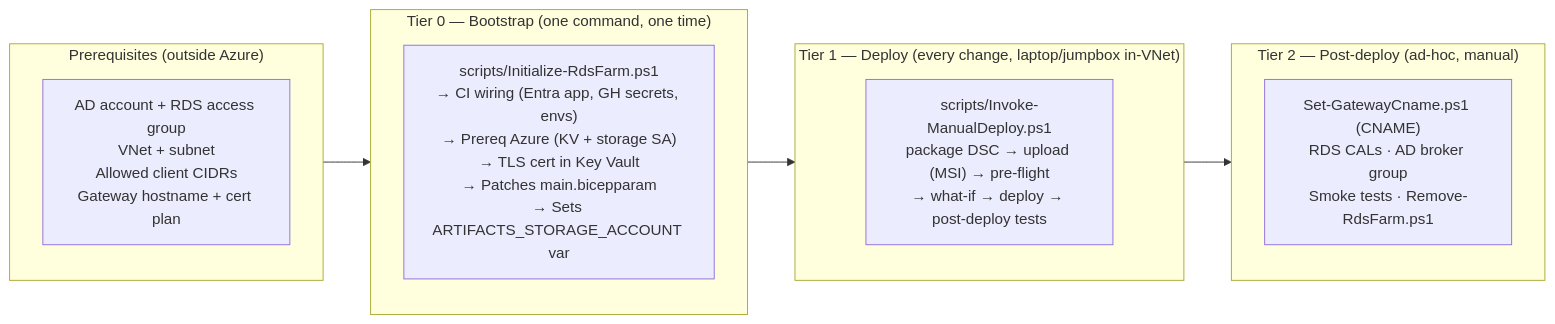
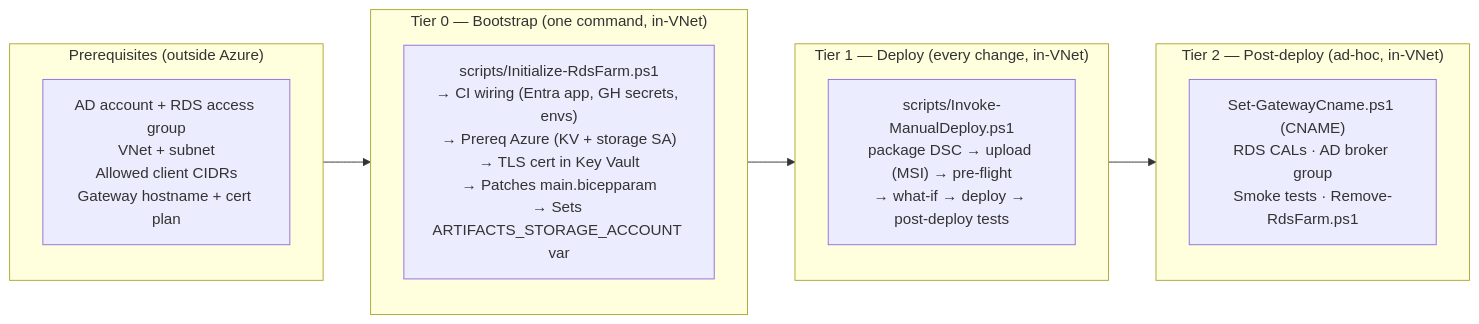
One commit to JozoSlejko/rds-farm changed the third of 3 diagrams in README.md. Above: the diagram before and after it, drawn with Mermaid. The commit also changed other lines of this file and 4 other files, not shown here.

````diff
--- a/README.md
+++ b/README.md
@@ -75,21 +75,21 @@
 ```mermaid
 flowchart LR
     subgraph PR["Prerequisites (outside Azure)"]
         direction TB
         AD["AD account + RDS access group<br/>VNet + subnet<br/>Allowed client CIDRs<br/>Gateway hostname + cert plan"]
     end
-    subgraph T0["Tier 0 — Bootstrap (one command, one time)"]
+    subgraph T0["Tier 0 — Bootstrap (one command, in-VNet)"]
         direction TB
         BS["scripts/Initialize-RdsFarm.ps1<br/>→ CI wiring (Entra app, GH secrets, envs)<br/>→ Prereq Azure (KV + storage SA)<br/>→ TLS cert in Key Vault<br/>→ Patches main.bicepparam<br/>→ Sets ARTIFACTS_STORAGE_ACCOUNT var"]
     end
-    subgraph T1["Tier 1 — Deploy (every change, laptop/jumpbox in-VNet)"]
+    subgraph T1["Tier 1 — Deploy (every change, in-VNet)"]
         direction TB
         WF["scripts/Invoke-ManualDeploy.ps1<br/>package DSC → upload (MSI) → pre-flight<br/>→ what-if → deploy → post-deploy tests"]
     end
-    subgraph T2["Tier 2 — Post-deploy (ad-hoc, manual)"]
+    subgraph T2["Tier 2 — Post-deploy (ad-hoc, in-VNet)"]
         direction TB
         DNS["Set-GatewayCname.ps1 (CNAME)<br/>RDS CALs · AD broker group<br/>Smoke tests · Remove-RdsFarm.ps1"]
     end
 
     PR --> T0 --> T1 --> T2
 ```
````
